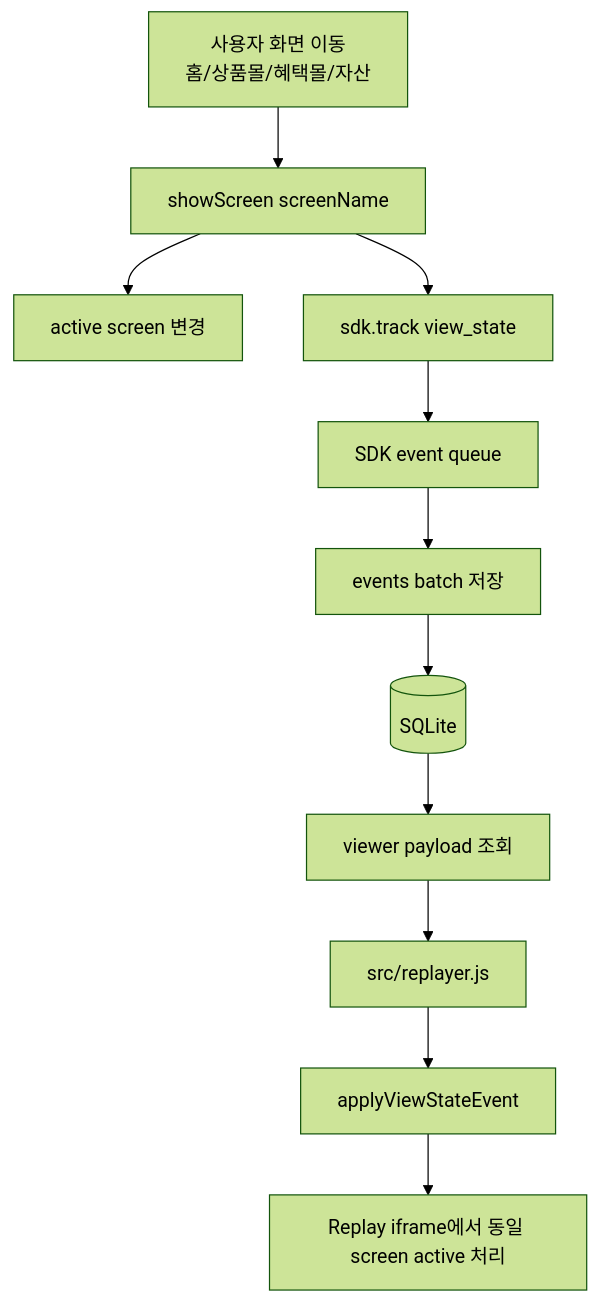
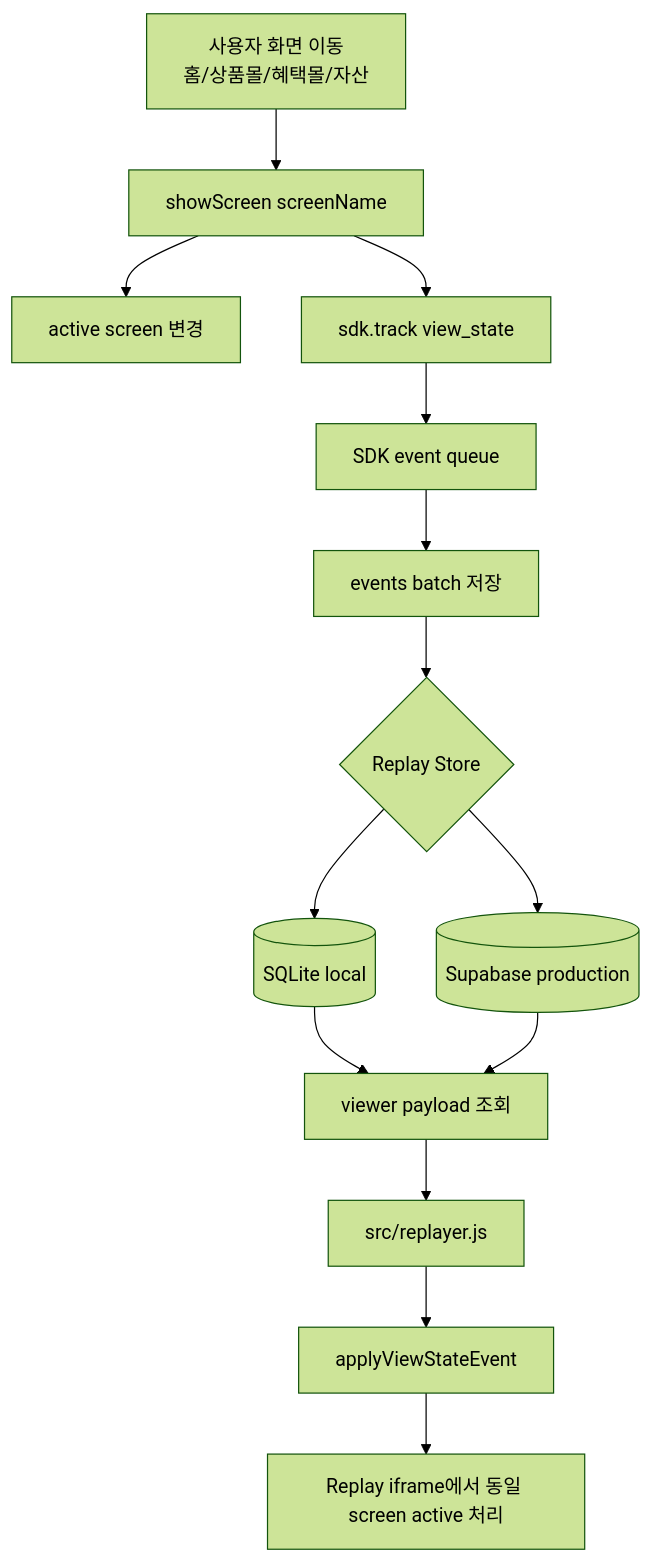
Before and after one commit to JaeDoo1034/SessionReplay: the sixth of 7 diagrams in workflow/session-replay-runtime-mermaid.md, drawn with Mermaid (forest theme). The commit also changed other lines of this file and 15 other files, not shown here.

````diff
--- a/workflow/session-replay-runtime-mermaid.md
+++ b/workflow/session-replay-runtime-mermaid.md
@@ -140,17 +198,20 @@
 ```mermaid
 flowchart TD
   UserAction[사용자 화면 이동<br/>홈/상품몰/혜택몰/자산] --> ShowScreen[showScreen screenName]
 
   ShowScreen --> DOMUpdate[active screen 변경]
   ShowScreen --> TrackViewState[sdk.track view_state]
 
   TrackViewState --> Queue[SDK event queue]
   Queue --> Batch[events batch 저장]
-  Batch --> DB[(SQLite)]
+  Batch --> Store{Replay Store}
+  Store --> SQLite[(SQLite local)]
+  Store --> Supabase[(Supabase production)]
 
-  DB --> Payload[viewer payload 조회]
+  SQLite --> Payload[viewer payload 조회]
+  Supabase --> Payload
   Payload --> Replayer[src/replayer.js]
 
   Replayer --> ApplyViewState[applyViewStateEvent]
   ApplyViewState --> ReplayDOM[Replay iframe에서 동일 screen active 처리]
 ```
````
